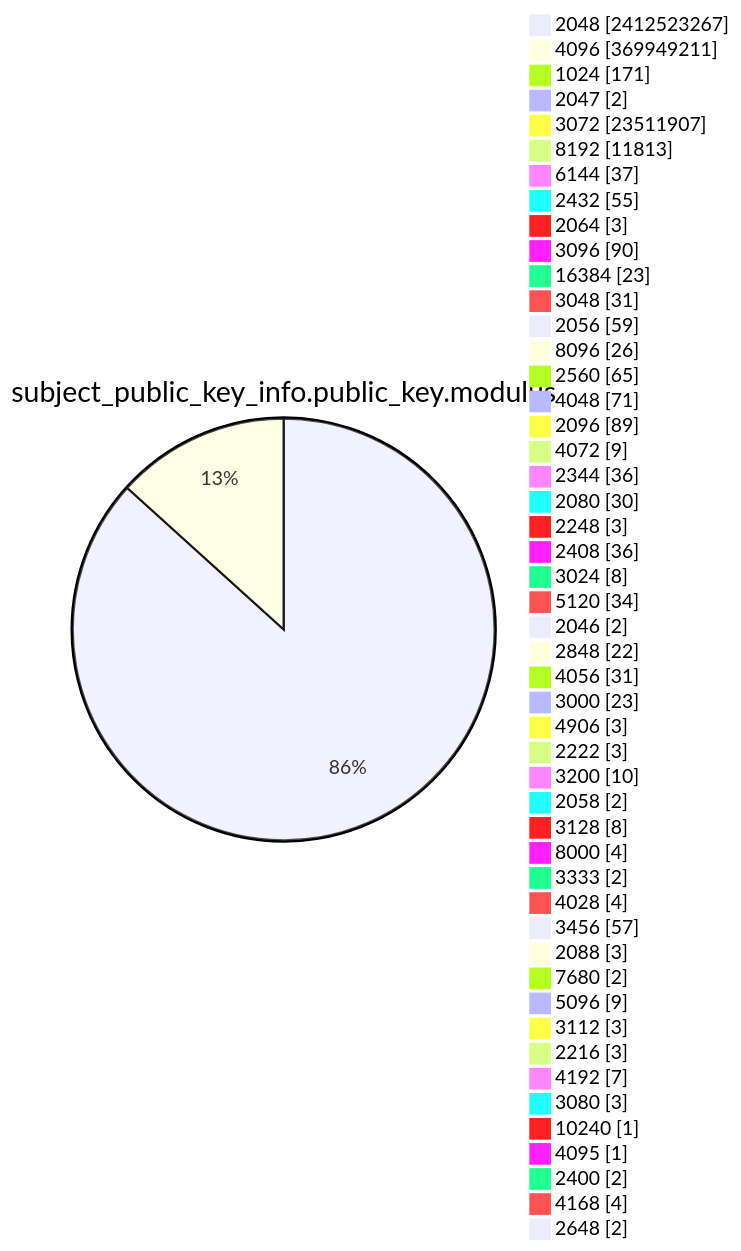
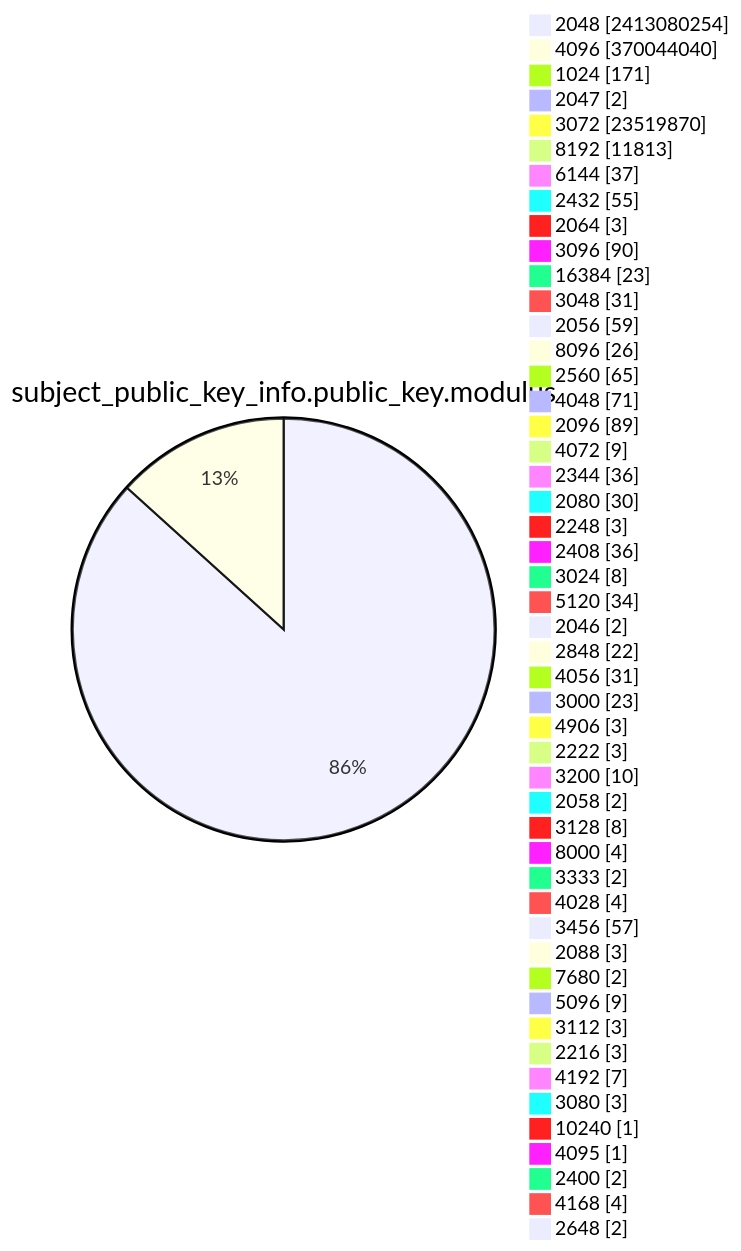
One commit to christiankrug/ctmonitor_visualization changed diagram 13 of 15 in TOTAL/README.md. Above: the diagram before and after it, drawn with Mermaid. The commit also changed other lines of this file, not shown here.

````diff
--- a/TOTAL/README.md
+++ b/TOTAL/README.md
@@ -4167,53 +4167,53 @@
 ```mermaid
 pie showData
 title subject_public_key_info.public_key.modulus
-"2048" :2412523267
-"4096" :369949211
+"2048" :2413080254
+"4096" :370044040
 "1024" :171
 "2047" :2
-"3072" :23511907
+"3072" :23519870
 "8192" :11813
 "6144" :37
 "2432" :55
 "2064" :3
 "3096" :90
 "16384" :23
 "3048" :31
 "2056" :59
 "8096" :26
 "2560" :65
 "4048" :71
 "2096" :89
 "4072" :9
 "2344" :36
 "2080" :30
 "2248" :3
 "2408" :36
 "3024" :8
 "5120" :34
 "2046" :2
 "2848" :22
 "4056" :31
 "3000" :23
 "4906" :3
 "2222" :3
 "3200" :10
 "2058" :2
 "3128" :8
 "8000" :4
 "3333" :2
 "4028" :4
 "3456" :57
 "2088" :3
 "7680" :2
 "5096" :9
 "3112" :3
 "2216" :3
 "4192" :7
 "3080" :3
 "10240" :1
 "4095" :1
 "2400" :2
 "4168" :4
 "2648" :2
 ```
````
